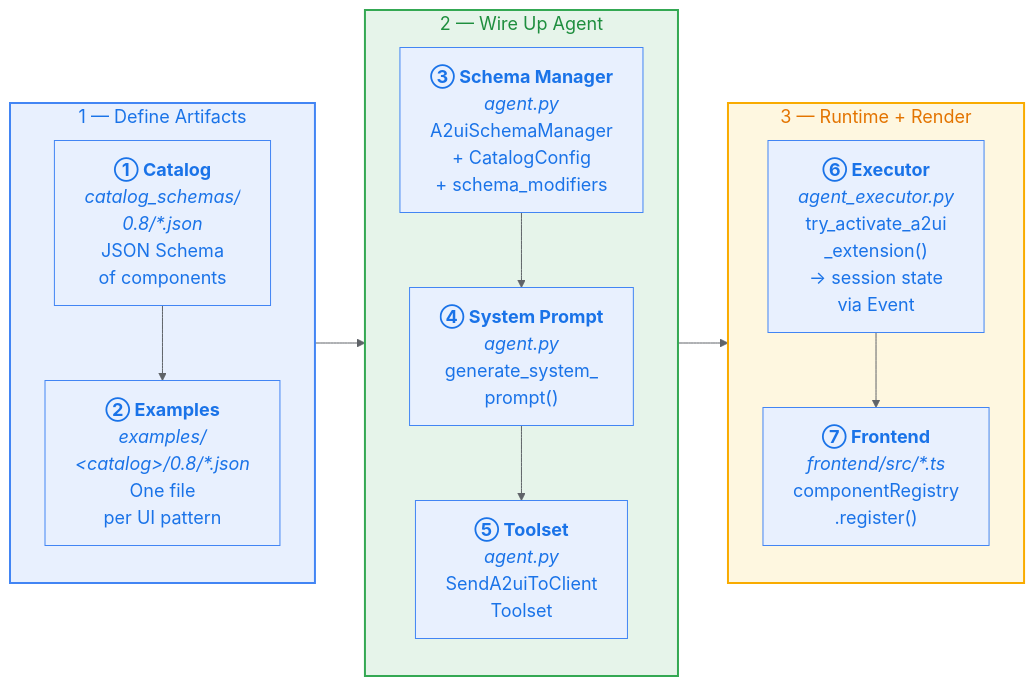
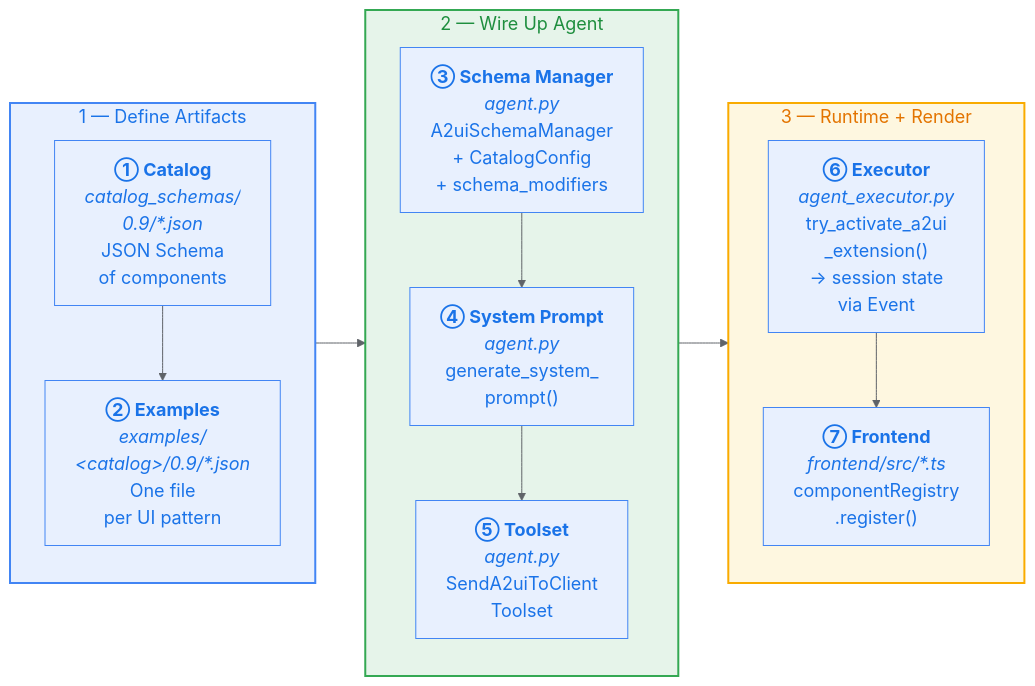
Before and after one commit to wadave/agent-a2ui-demo: the third of 4 diagrams in docs/intro_a2ui.md, drawn with Mermaid. The commit also changed other lines of this file and 36 other files, not shown here.

````diff
--- a/docs/intro_a2ui.md
+++ b/docs/intro_a2ui.md
@@ -361,46 +373,46 @@
 ```mermaid
 ---
 config:
   theme: base
   themeVariables:
     primaryColor: "#E8F0FE"
     primaryTextColor: "#1a73e8"
     primaryBorderColor: "#4285F4"
     secondaryColor: "#E6F4EA"
     secondaryTextColor: "#1e8e3e"
     secondaryBorderColor: "#34A853"
     tertiaryColor: "#FEF7E0"
     tertiaryTextColor: "#E37400"
     tertiaryBorderColor: "#F9AB00"
     lineColor: "#5f6368"
     fontSize: 18px
 ---
 flowchart LR
     subgraph CATALOG ["1 — Define Artifacts"]
         direction TB
-        S1["<b>① Catalog</b><br/><i>catalog_schemas/</i><br/><i>0.8/*.json</i><br/>JSON Schema<br/>of components"]
-        S2["<b>② Examples</b><br/><i>examples/</i><br/><i>&lt;catalog&gt;/0.8/*.json</i><br/>One file<br/>per UI pattern"]
+        S1["<b>① Catalog</b><br/><i>catalog_schemas/</i><br/><i>0.9/*.json</i><br/>JSON Schema<br/>of components"]
+        S2["<b>② Examples</b><br/><i>examples/</i><br/><i>&lt;catalog&gt;/0.9/*.json</i><br/>One file<br/>per UI pattern"]
         S1 --> S2
     end
 
     subgraph AGENT ["2 — Wire Up Agent"]
         direction TB
         S3["<b>③ Schema Manager</b><br/><i>agent.py</i><br/>A2uiSchemaManager<br/>+ CatalogConfig<br/>+ schema_modifiers"]
         S4["<b>④ System Prompt</b><br/><i>agent.py</i><br/>generate_system_<br/>prompt()"]
         S5["<b>⑤ Toolset</b><br/><i>agent.py</i><br/>SendA2uiToClient<br/>Toolset"]
         S3 --> S4 --> S5
     end
 
     subgraph RUNTIME ["3 — Runtime + Render"]
         direction TB
         S6["<b>⑥ Executor</b><br/><i>agent_executor.py</i><br/>try_activate_a2ui<br/>_extension()<br/>→ session state<br/>via Event"]
         S7["<b>⑦ Frontend</b><br/><i>frontend/src/*.ts</i><br/>componentRegistry<br/>.register()"]
         S6 --> S7
     end
 
     CATALOG --> AGENT --> RUNTIME
 
     style CATALOG fill:#E8F0FE,stroke:#4285F4,stroke-width:2px,color:#1a73e8
     style AGENT fill:#E6F4EA,stroke:#34A853,stroke-width:2px,color:#1e8e3e
     style RUNTIME fill:#FEF7E0,stroke:#F9AB00,stroke-width:2px,color:#E37400
 ```
````
